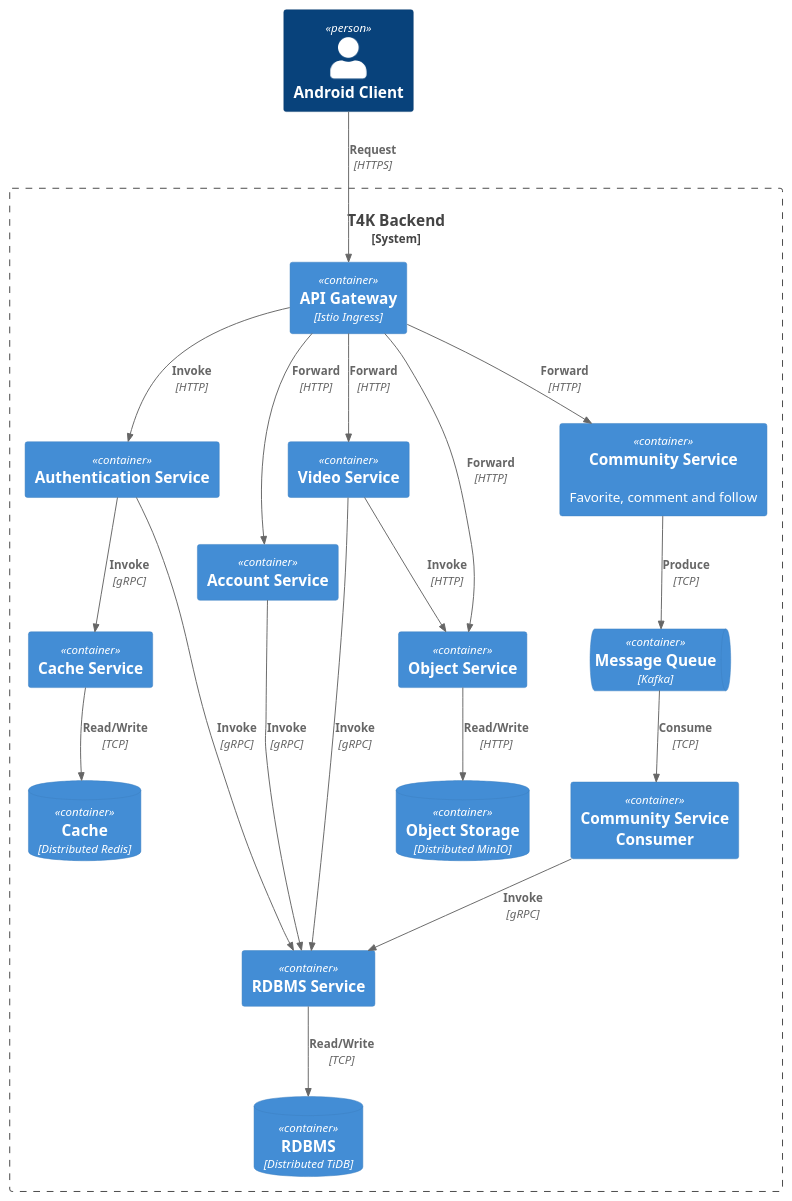
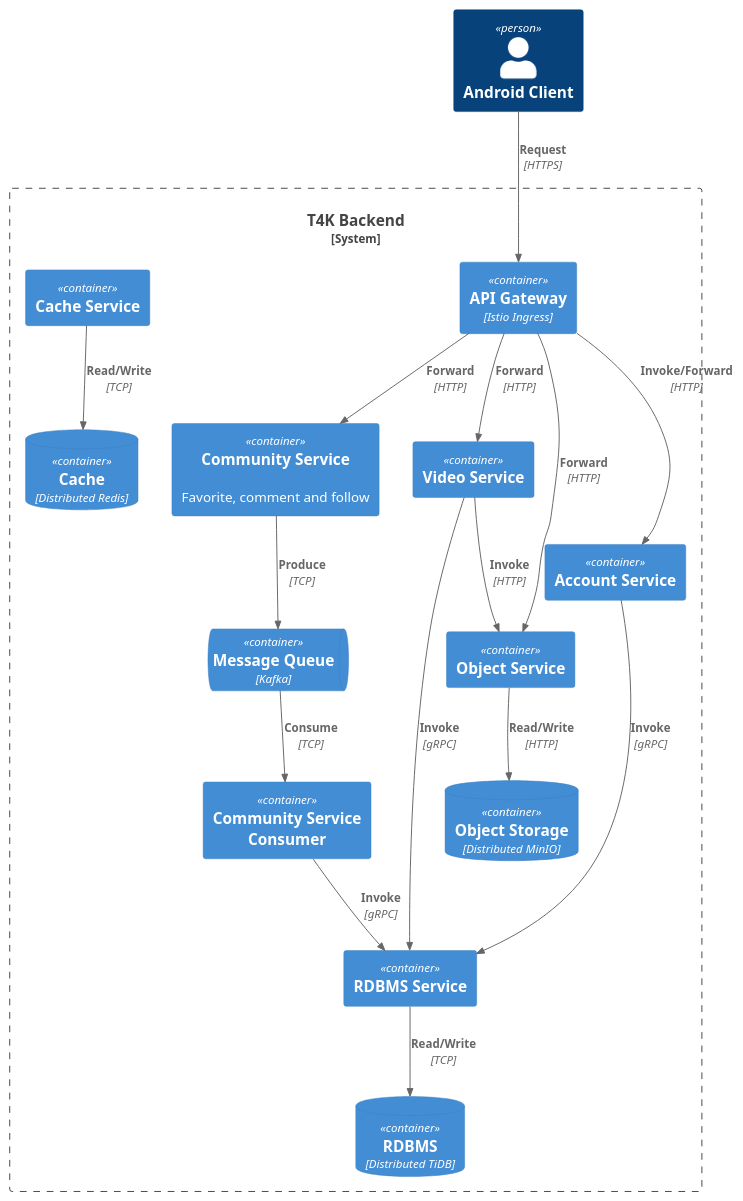
The diagram in doc/architecture.puml (huaouo/t4k), drawn with PlantUML before and after one commit. The commit also changed 17 other files, not shown here.

```diff
--- a/doc/architecture.puml
+++ b/doc/architecture.puml
@@ -1,41 +1,37 @@
 @startuml
 !include https://raw.githubusercontent.com/plantuml-stdlib/C4-PlantUML/master/C4_Container.puml
 
 Person(client, "Android Client")
 
 System_Boundary(backend, "T4K Backend") {
   Container(gateway, "API Gateway", "Istio Ingress", "")
-  Container(authn, "Authentication Service", "", "")
   Container(account, "Account Service", "", "")
   Container(video, "Video Service", "", "")
   Container(community, "Community Service", "", "Favorite, comment and follow")
   Container(communityc, "Community Service Consumer", "", "")
 
   Container(rdbmss, "RDBMS Service", "", "")
   Container(caches, "Cache Service", "", "")
   Container(s3s, "Object Service", "", "")
 
   ContainerQueue(queue, "Message Queue", "Kafka", "")
   ContainerDb(rdbms, "RDBMS", "Distributed TiDB", "")
   ContainerDb(cache, "Cache", "Distributed Redis", "")
   ContainerDb(s3, "Object Storage", "Distributed MinIO", "")
 }
 
 Rel(client, gateway, "Request", "HTTPS")
-Rel(gateway, authn, "Invoke", "HTTP")
-Rel(gateway, account, "Forward", "HTTP")
+Rel(gateway, account, "Invoke/Forward", "HTTP")
 Rel(gateway, video, "Forward", "HTTP")
 Rel(gateway, community, "Forward", "HTTP")
 Rel(gateway, s3s, "Forward", "HTTP")
-Rel(authn, rdbmss, "Invoke", "gRPC")
-Rel(authn, caches, "Invoke", "gRPC")
 Rel(account, rdbmss, "Invoke", "gRPC")
 Rel(video, rdbmss, "Invoke", "gRPC")
 Rel(video, s3s, "Invoke", "HTTP")
 Rel(community, queue, "Produce", "TCP")
 Rel(queue, communityc, "Consume", "TCP")
 Rel(communityc, rdbmss, "Invoke", "gRPC")
 Rel(rdbmss, rdbms, "Read/Write", "TCP")
 Rel(caches, cache, "Read/Write", "TCP")
 Rel(s3s, s3, "Read/Write", "HTTP")
 @enduml
```
